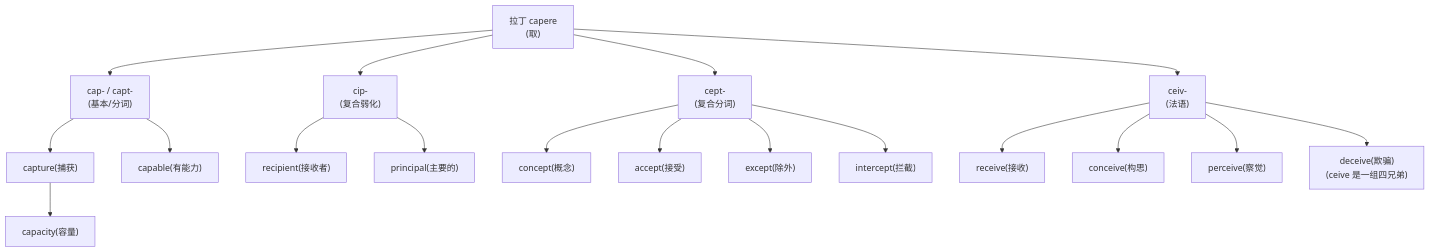
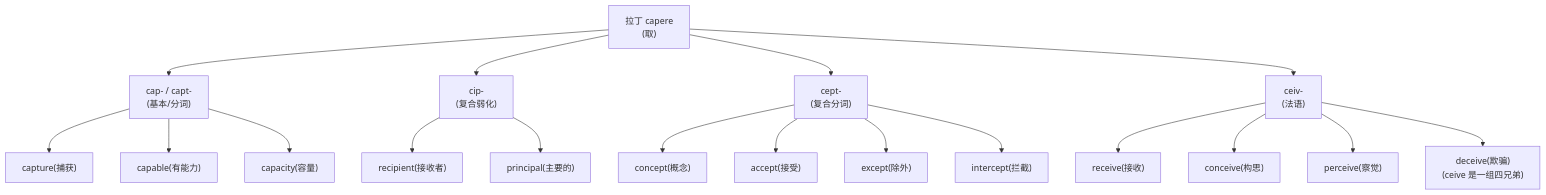
Before and after one commit to swiftczz/roots-affixes-book: the second of 7 diagrams in 02-拉丁之根/第07章-capere家族.md, drawn with Mermaid. The commit also changed other lines of this file and 35 other files, not shown here.

````diff
--- a/02-拉丁之根/第07章-capere家族.md
+++ b/02-拉丁之根/第07章-capere家族.md
@@ -62,25 +62,25 @@
 ```mermaid
 flowchart TD
     root["拉丁 capere<br/>(取)"]
     root --> cap["cap- / capt-<br/>(基本/分词)"]
     root --> cip["cip-<br/>(复合弱化)"]
     root --> cept["cept-<br/>(复合分词)"]
     root --> ceiv["ceiv-<br/>(法语)"]
 
     cap --> capture["capture(捕获)"]
     cap --> capable["capable(有能力)"]
-    capture --> cap_cap["capacity(容量)"]
+    cap --> cap_cap["capacity(容量)"]
 
     cip --> recipient["recipient(接收者)"]
     cip --> principal["principal(主要的)"]
 
     cept --> concept["concept(概念)"]
     cept --> accept["accept(接受)"]
     cept --> except["except(除外)"]
     cept --> intercept["intercept(拦截)"]
 
     ceiv --> receive["receive(接收)"]
     ceiv --> conceive["conceive(构思)"]
     ceiv --> perceive["perceive(察觉)"]
     ceiv --> deceive["deceive(欺骗)<br/>(ceive 是一组四兄弟)"]
 ```
````
